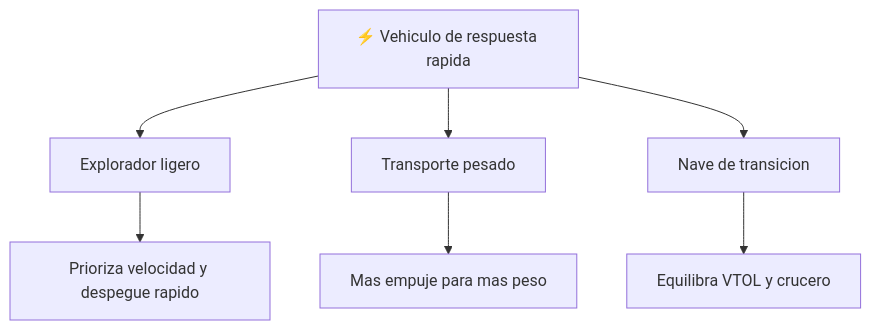
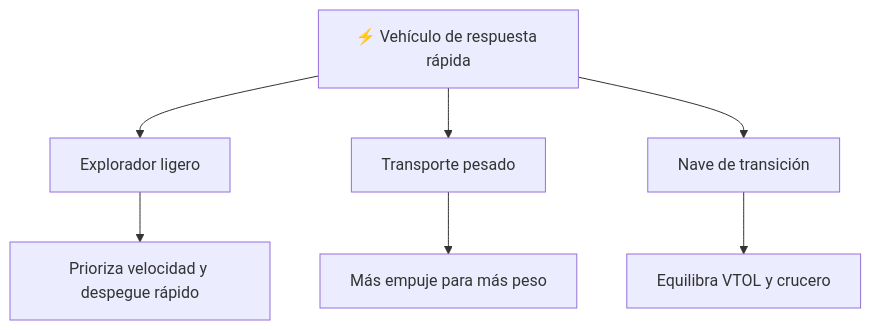
Before and after one commit to vladimiracunadev-create/machine-operator-program: the diagram in vehiculos-fantasticos/thunderbird-1/operacion/caracteristicas-thunderbird-1.md, drawn with Mermaid. The commit also changed other lines of this file and 442 other files, not shown here.

````diff
--- a/vehiculos-fantasticos/thunderbird-1/operacion/caracteristicas-thunderbird-1.md
+++ b/vehiculos-fantasticos/thunderbird-1/operacion/caracteristicas-thunderbird-1.md
@@ -37,9 +37,9 @@
 ```mermaid
 flowchart TD
-    Nave[⚡ Vehiculo de respuesta rapida] --> Ligero[Explorador ligero]
+    Nave[⚡ Vehículo de respuesta rápida] --> Ligero[Explorador ligero]
     Nave --> Pesado[Transporte pesado]
-    Nave --> Mixto[Nave de transicion]
-    Ligero --> Agil[Prioriza velocidad y despegue rapido]
-    Pesado --> Carga[Mas empuje para mas peso]
+    Nave --> Mixto[Nave de transición]
+    Ligero --> Agil[Prioriza velocidad y despegue rápido]
+    Pesado --> Carga[Más empuje para más peso]
     Mixto --> Equilibrio[Equilibra VTOL y crucero]
 ```
````
